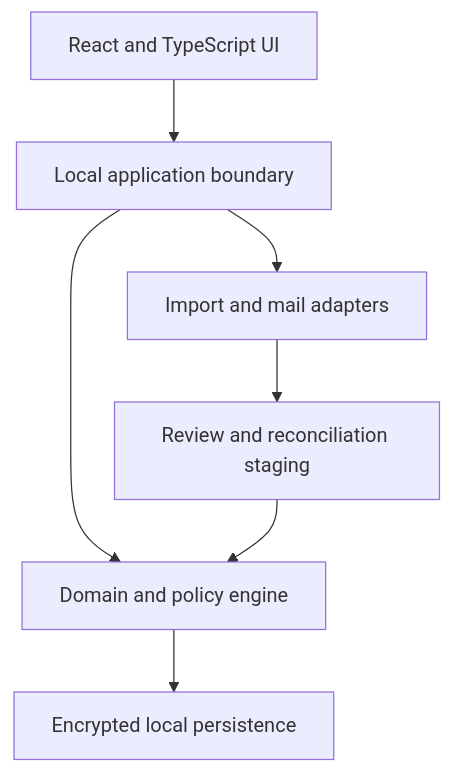
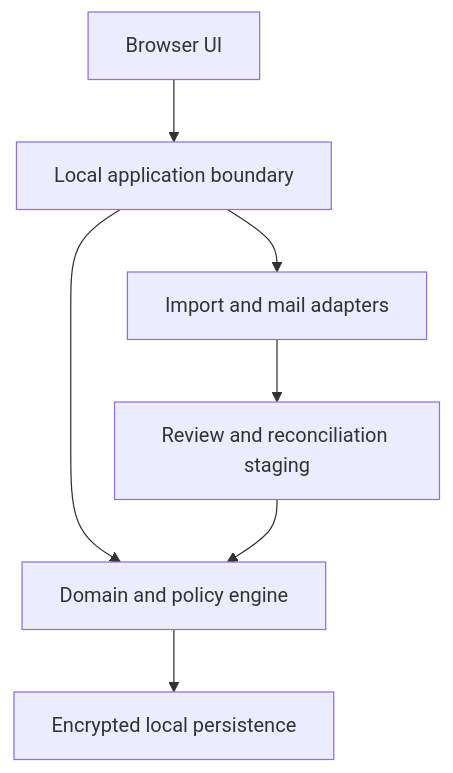
One commit to guidoduchi/soma-beta changed the first of 2 diagrams in docs/ARCHITECTURE.md. Above: the diagram before and after it, drawn with Mermaid. The commit also changed other lines of this file and 5 other files, not shown here.

````diff
--- a/docs/ARCHITECTURE.md
+++ b/docs/ARCHITECTURE.md
@@ -17,9 +17,9 @@
 ```mermaid
 flowchart TD
-    UI[React and TypeScript UI] --> API[Local application boundary]
+    UI[Browser UI] --> API[Local application boundary]
     API --> DOMAIN[Domain and policy engine]
     API --> IMPORTS[Import and mail adapters]
     DOMAIN --> STORE[Encrypted local persistence]
     IMPORTS --> STAGE[Review and reconciliation staging]
     STAGE --> DOMAIN
 ```
````
